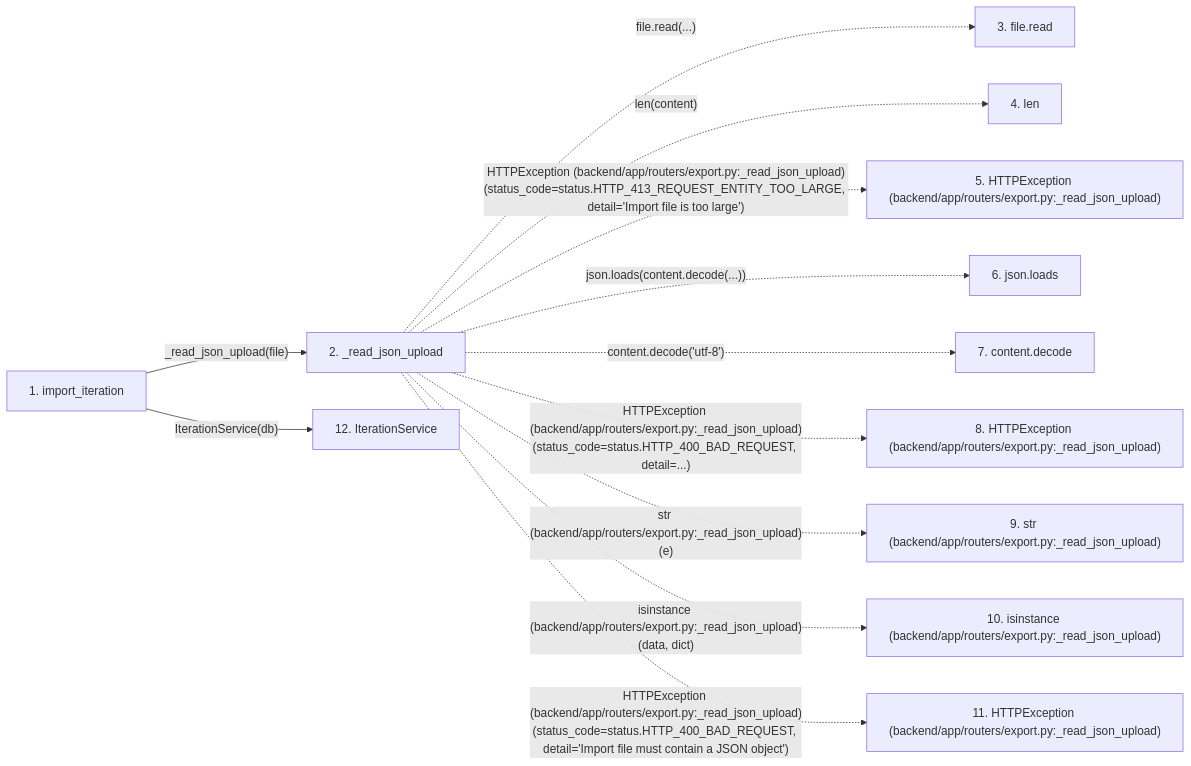
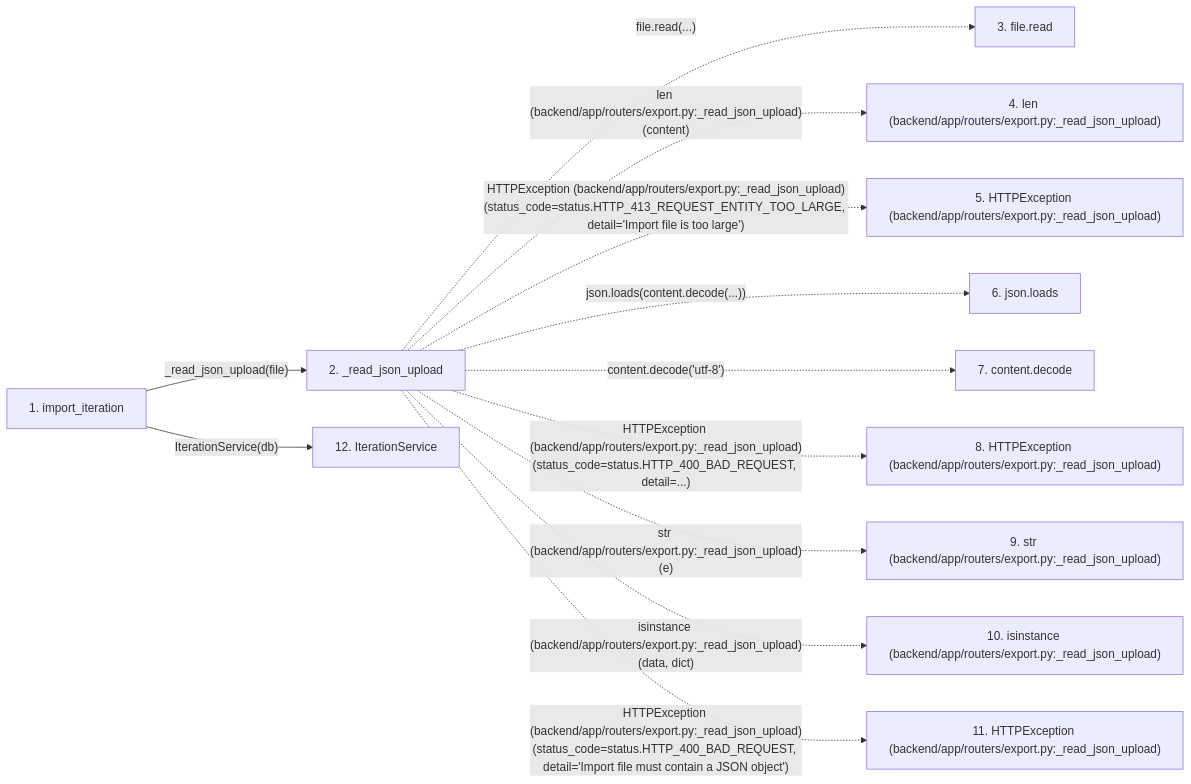
One commit to Denissvgn/WorkChord changed the second of 2 diagrams in docs/llm_wiki/flows/http-import_iteration.md. Above: the diagram before and after it, drawn with Mermaid. The commit also changed other lines of this file and 10148 other files, not shown here.

````diff
--- a/docs/llm_wiki/flows/http-import_iteration.md
+++ b/docs/llm_wiki/flows/http-import_iteration.md
@@ -85,29 +93,29 @@
 ```mermaid
 flowchart LR
     s1["1. import_iteration"]
     s2["2. _read_json_upload"]
     s3["3. file.read"]
-    s4["4. len"]
+    s4["4. len (backend/app/routers/export.py:_read_json_upload)"]
     s5["5. HTTPException (backend/app/routers/export.py:_read_json_upload)"]
     s6["6. json.loads"]
     s7["7. content.decode"]
     s8["8. HTTPException (backend/app/routers/export.py:_read_json_upload)"]
     s9["9. str (backend/app/routers/export.py:_read_json_upload)"]
     s10["10. isinstance (backend/app/routers/export.py:_read_json_upload)"]
     s11["11. HTTPException (backend/app/routers/export.py:_read_json_upload)"]
     s12["12. IterationService"]
     s1 -->|"_read_json_upload(file)"| s2
     s2 -. "file.read(...)" .-> s3
-    s2 -. "len(content)" .-> s4
+    s2 -. "len (backend/app/routers/export.py:_read_json_upload)(content)" .-> s4
     s2 -. "HTTPException (backend/app/routers/export.py:_read_json_upload)(status_code=status.HTTP_413_REQUEST_ENTITY_TOO_LARGE, detail='Import file is too large')" .-> s5
     s2 -. "json.loads(content.decode(...))" .-> s6
     s2 -. "content.decode('utf-8')" .-> s7
     s2 -. "HTTPException (backend/app/routers/export.py:_read_json_upload)(status_code=status.HTTP_400_BAD_REQUEST, detail=...)" .-> s8
     s2 -. "str (backend/app/routers/export.py:_read_json_upload)(e)" .-> s9
     s2 -. "isinstance (backend/app/routers/export.py:_read_json_upload)(data, dict)" .-> s10
     s2 -. "HTTPException (backend/app/routers/export.py:_read_json_upload)(status_code=status.HTTP_400_BAD_REQUEST, detail='Import file must contain a JSON object')" .-> s11
     s1 -->|"IterationService(db)"| s12
     click s1 "../modules/export.md"
     click s2 "../modules/export.md"
     click s12 "../modules/iteration_service.md"
 ```
````
